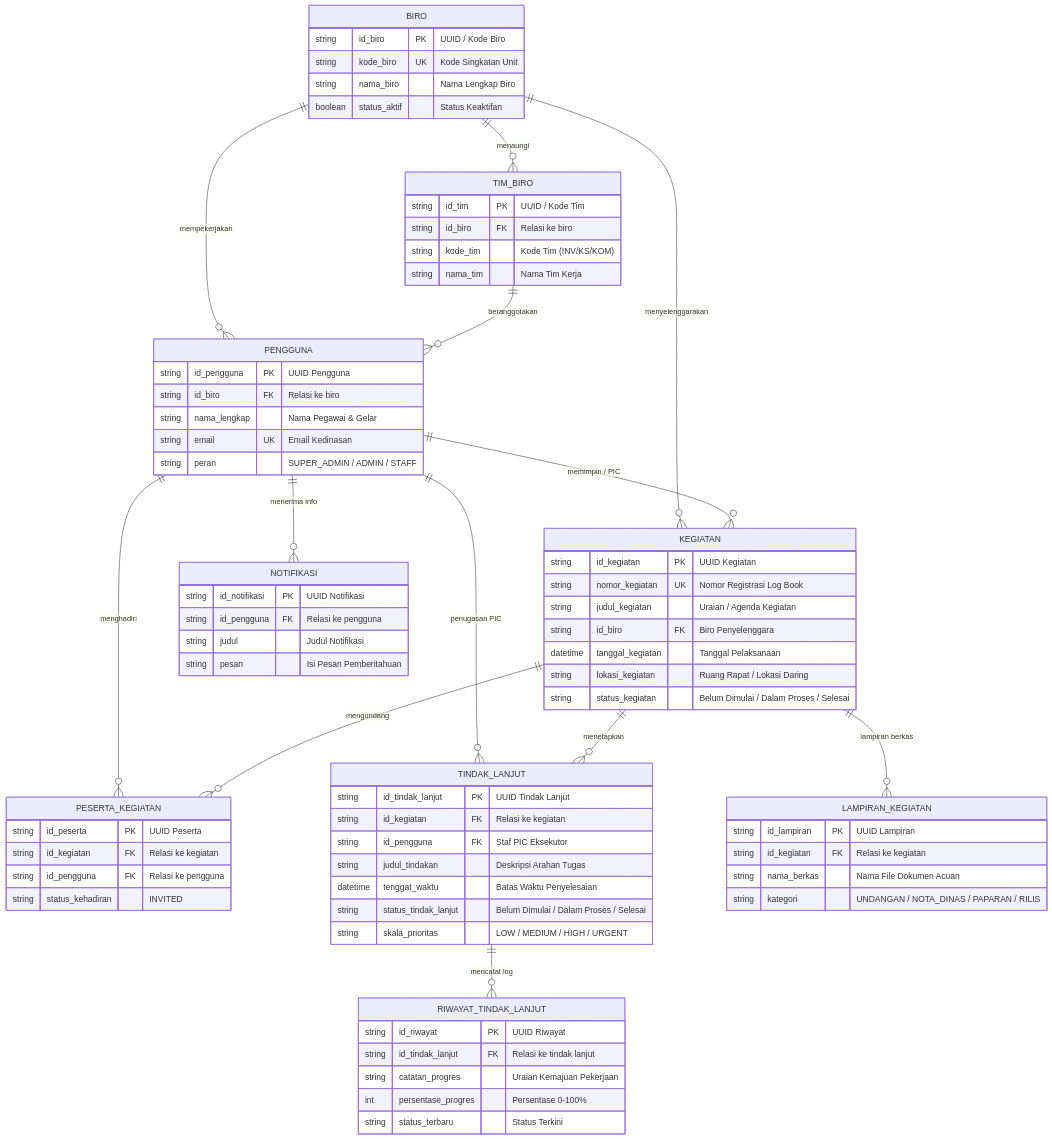
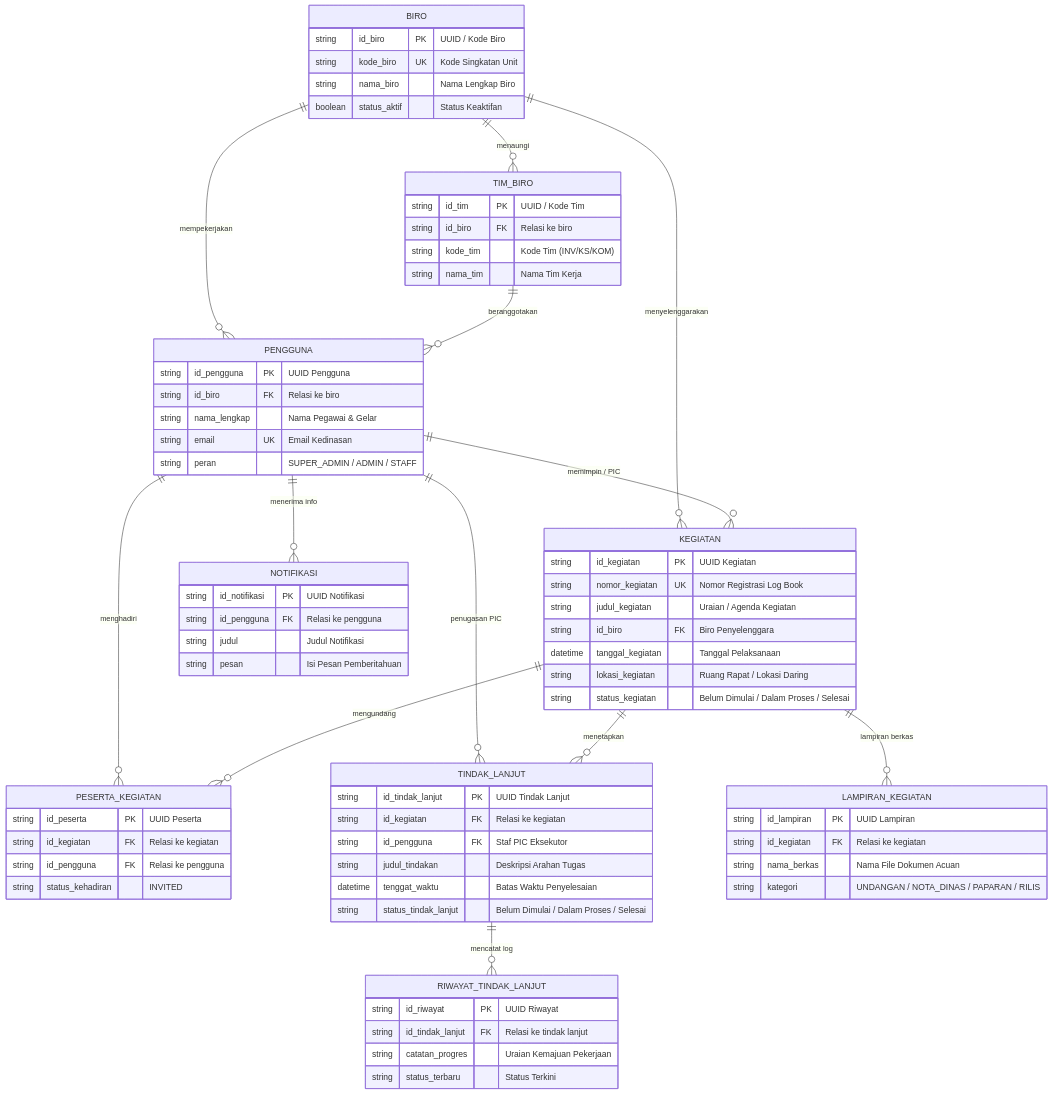
One commit to Napppz/Website-Log-Rapat-Kek changed the second of 2 diagrams in docs/1_ERD_DIAGRAM.md. Above: the diagram before and after it, drawn with Mermaid. The commit also changed other lines of this file and 40 other files, not shown here.

Commit message:
docs(uml): perbarui Use Case 12 model dan Activity Diagram dokumen kegiatan KEK

```diff
--- a/docs/1_ERD_DIAGRAM.md
+++ b/docs/1_ERD_DIAGRAM.md
@@ -160,14 +160,12 @@
         string judul_tindakan "Deskripsi Arahan Tugas"
         datetime tenggat_waktu "Batas Waktu Penyelesaian"
         string status_tindak_lanjut "Belum Dimulai / Dalam Proses / Selesai"
-        string skala_prioritas "LOW / MEDIUM / HIGH / URGENT"
     }
 
     RIWAYAT_TINDAK_LANJUT {
         string id_riwayat PK "UUID Riwayat"
         string id_tindak_lanjut FK "Relasi ke tindak lanjut"
         string catatan_progres "Uraian Kemajuan Pekerjaan"
-        int persentase_progres "Persentase 0-100%"
         string status_terbaru "Status Terkini"
     }
 
```
